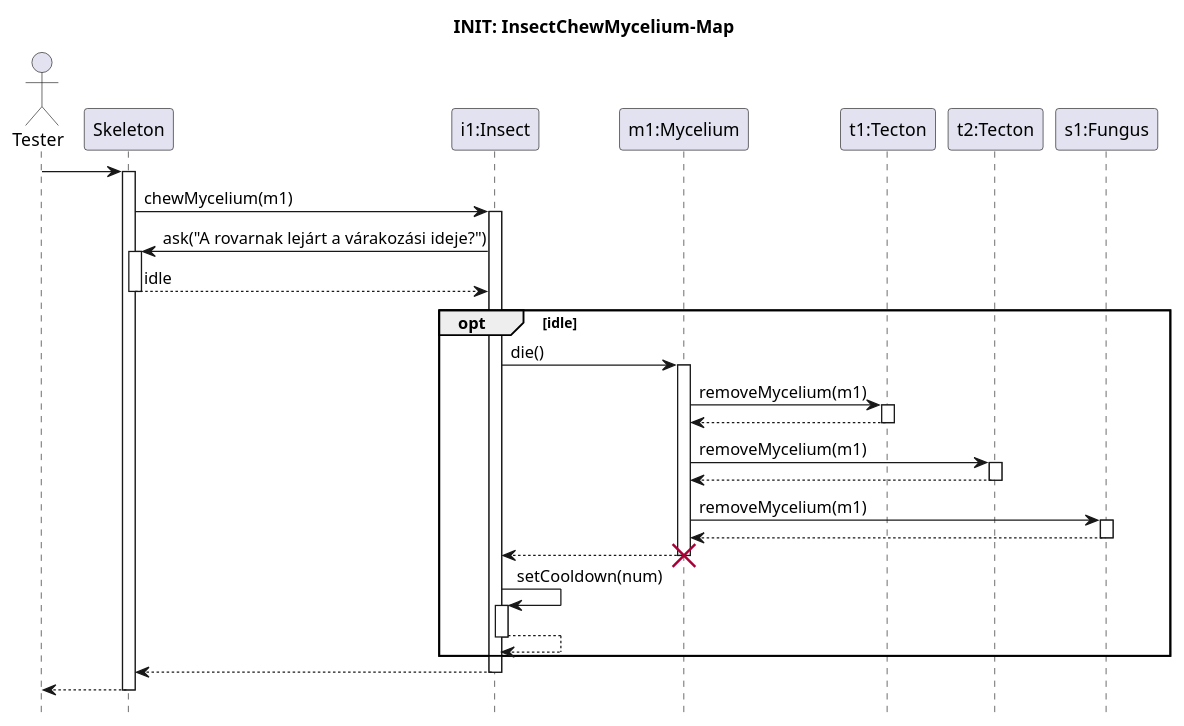
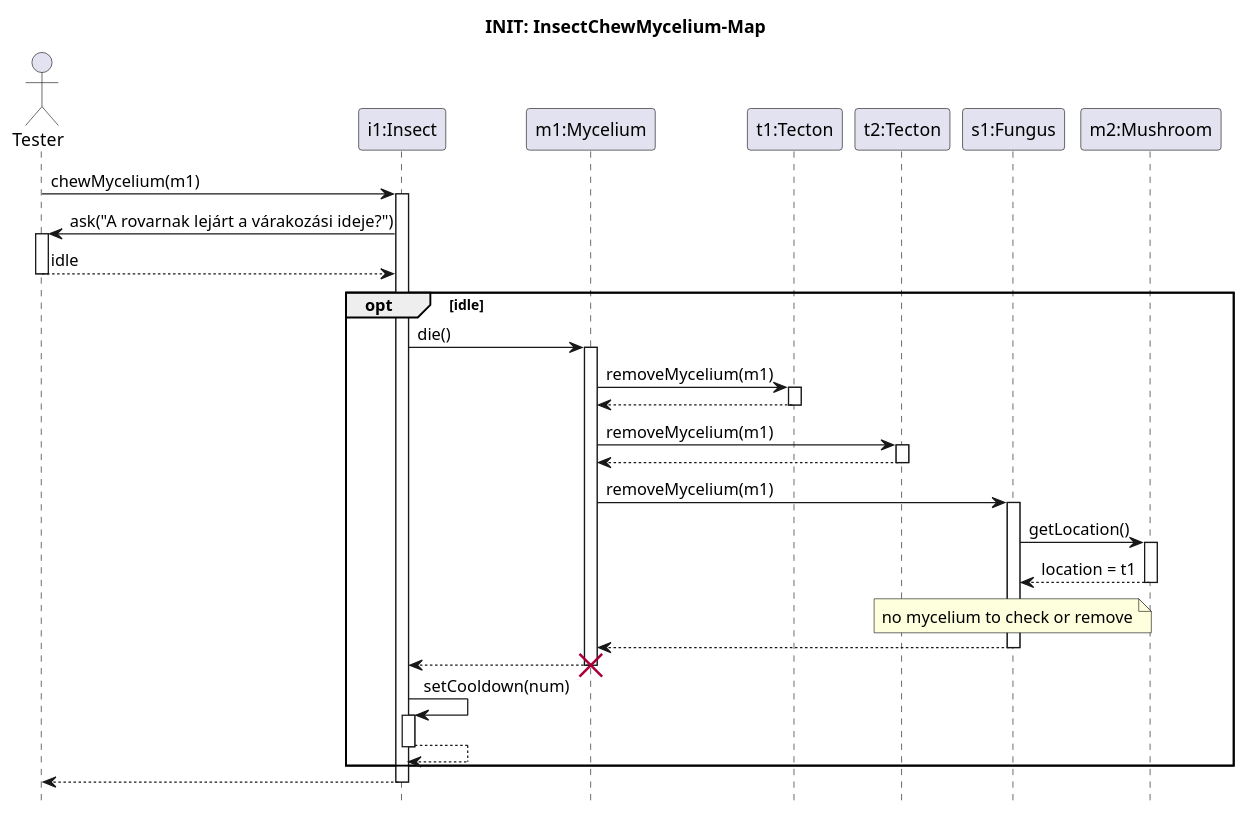
One commit to ZD4ve/projlab-error521 changed the diagram in Skeleton/Insect-chew-mycelium/sucess.pu. Above: the diagram before and after it, drawn with PlantUML. The commit also changed 6 other files, not shown here.

```diff
--- a/Skeleton/Insect-chew-mycelium/sucess.pu
+++ b/Skeleton/Insect-chew-mycelium/sucess.pu
@@ -1,51 +1,51 @@
 @startuml Insect-chew-mycelium/sucess
 hide footbox
 title INIT: InsectChewMycelium-Map
 
-actor Tester
-'TODO: Skeleton neve :Skeleton vagy csak Skeleton?
-participant Skeleton as S
+actor Tester as S
 participant "i1:Insect" as i1
 participant "m1:Mycelium" as m1
 participant "t1:Tecton" as t1
 participant "t2:Tecton" as t2
 participant "s1:Fungus" as s1
+participant "m2:Mushroom" as m2
 
 
-Tester -> S
-activate S
 S -> i1 : chewMycelium(m1)
 activate i1
 
 S <- i1 : ask("A rovarnak lejárt a várakozási ideje?")
 activate S
 return idle
 
 opt idle
     i1 -> m1 : die()
     activate m1
 
     m1 -> t1 : removeMycelium(m1)
     activate t1
     return
     m1 -> t2 : removeMycelium(m1)
     activate t2
     return
     m1 -> s1 : removeMycelium(m1)
     activate s1
+    s1 -> m2 : getLocation()
+    activate m2
+    return location = t1
+    note over s1 : no mycelium to check or remove 
     'ÜRES check-connectivity, mert nincs másk fonal és test
     'TODO: legyen olyan teszt, ahoL van más fonal? ez külön teszteset? 
     return
 
     return
     destroy m1
 
     i1 -> i1 : setCooldown(num)
     activate i1
     return
 
 end
 
 return
-return
 @enduml
```
